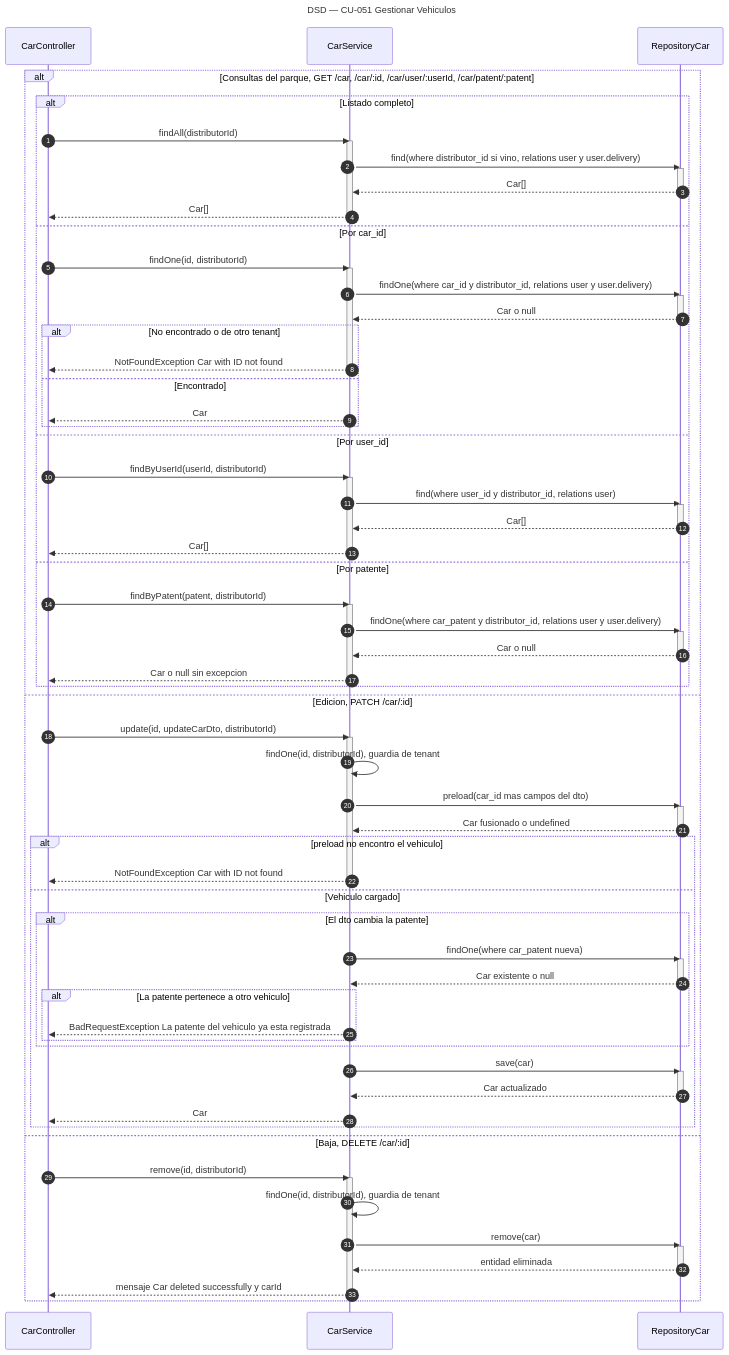
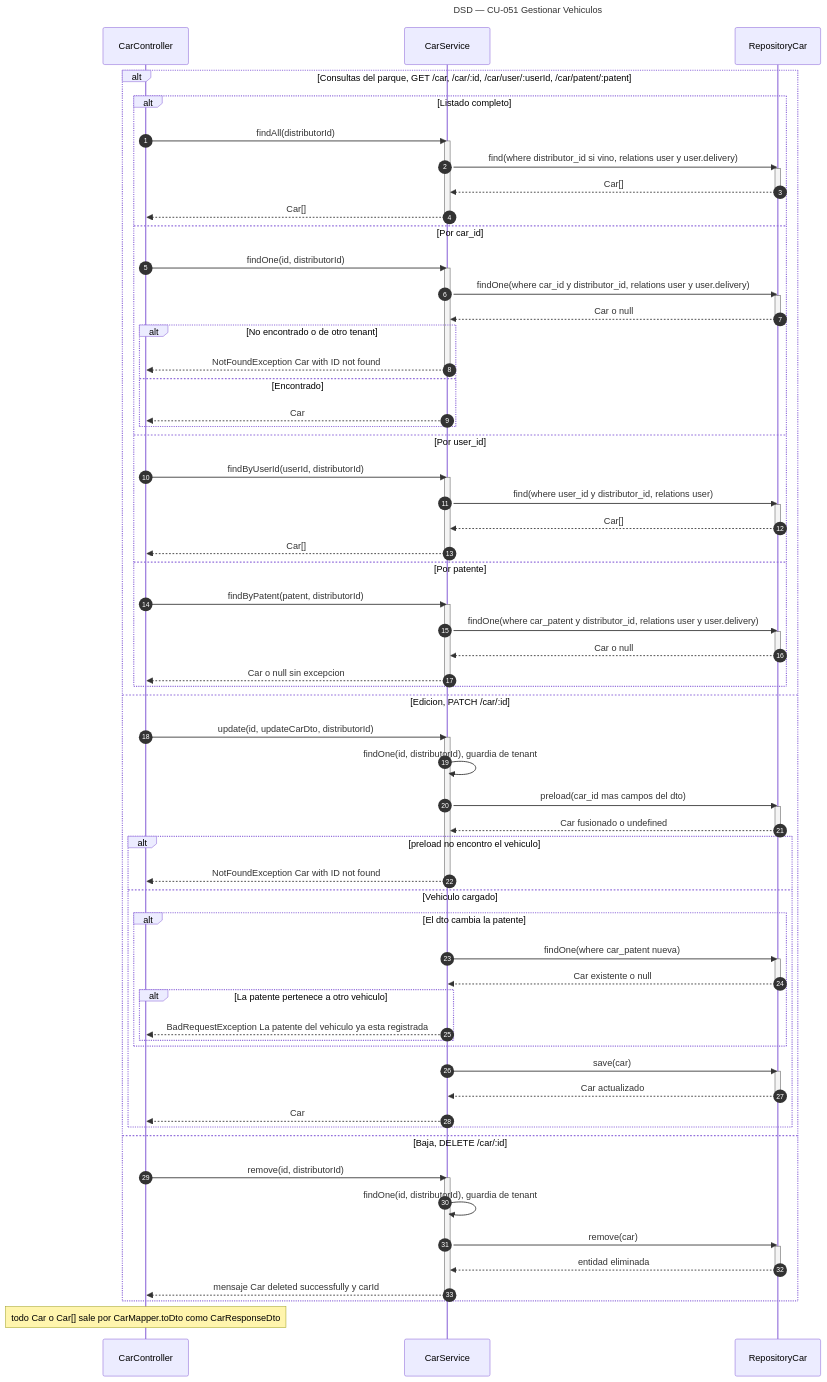
The diagram in diagramas/DSD_CU-051_Gestionar-Vehiculos.mmd (Nahuelito-Dev/splg-docs), drawn with Mermaid before and after one commit. The commit also changed 3 other files, not shown here.

Commit message:
docs(dsd): vehiculos con CarResponseDto y el usuario por UsersService

```diff
--- a/diagramas/DSD_CU-051_Gestionar-Vehiculos.mmd
+++ b/diagramas/DSD_CU-051_Gestionar-Vehiculos.mmd
@@ -1,87 +1,88 @@
 sequenceDiagram
     title DSD — CU-051 Gestionar Vehiculos
     autonumber
     participant CTRL as CarController
     participant SRV as CarService
     participant CREP as RepositoryCar
 
     alt Consultas del parque, GET /car, /car/:id, /car/user/:userId, /car/patent/:patent
         alt Listado completo
             CTRL->>SRV: findAll(distributorId)
             activate SRV
             SRV->>CREP: find(where distributor_id si vino, relations user y user.delivery)
             activate CREP
             CREP-->>SRV: Car[]
             deactivate CREP
             SRV-->>CTRL: Car[]
             deactivate SRV
         else Por car_id
             CTRL->>SRV: findOne(id, distributorId)
             activate SRV
             SRV->>CREP: findOne(where car_id y distributor_id, relations user y user.delivery)
             activate CREP
             CREP-->>SRV: Car o null
             deactivate CREP
             alt No encontrado o de otro tenant
                 SRV-->>CTRL: NotFoundException Car with ID not found
                 deactivate SRV
             else Encontrado
                 SRV-->>CTRL: Car
             end
         else Por user_id
             CTRL->>SRV: findByUserId(userId, distributorId)
             activate SRV
             SRV->>CREP: find(where user_id y distributor_id, relations user)
             activate CREP
             CREP-->>SRV: Car[]
             deactivate CREP
             SRV-->>CTRL: Car[]
             deactivate SRV
         else Por patente
             CTRL->>SRV: findByPatent(patent, distributorId)
             activate SRV
             SRV->>CREP: findOne(where car_patent y distributor_id, relations user y user.delivery)
             activate CREP
             CREP-->>SRV: Car o null
             deactivate CREP
             SRV-->>CTRL: Car o null sin excepcion
             deactivate SRV
         end
     else Edicion, PATCH /car/:id
         CTRL->>SRV: update(id, updateCarDto, distributorId)
         activate SRV
         SRV->>SRV: findOne(id, distributorId), guardia de tenant
         SRV->>CREP: preload(car_id mas campos del dto)
         activate CREP
         CREP-->>SRV: Car fusionado o undefined
         deactivate CREP
         alt preload no encontro el vehiculo
             SRV-->>CTRL: NotFoundException Car with ID not found
             deactivate SRV
         else Vehiculo cargado
             alt El dto cambia la patente
                 SRV->>CREP: findOne(where car_patent nueva)
                 activate CREP
                 CREP-->>SRV: Car existente o null
                 deactivate CREP
                 alt La patente pertenece a otro vehiculo
                     SRV-->>CTRL: BadRequestException La patente del vehiculo ya esta registrada
                 end
             end
             SRV->>CREP: save(car)
             activate CREP
             CREP-->>SRV: Car actualizado
             deactivate CREP
             SRV-->>CTRL: Car
         end
     else Baja, DELETE /car/:id
         CTRL->>SRV: remove(id, distributorId)
         activate SRV
         SRV->>SRV: findOne(id, distributorId), guardia de tenant
         SRV->>CREP: remove(car)
         activate CREP
         CREP-->>SRV: entidad eliminada
         deactivate CREP
         SRV-->>CTRL: mensaje Car deleted successfully y carId
         deactivate SRV
     end
+    Note over CTRL: todo Car o Car[] sale por CarMapper.toDto como CarResponseDto
```
